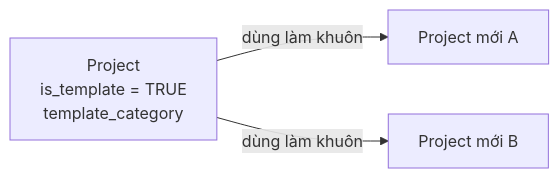
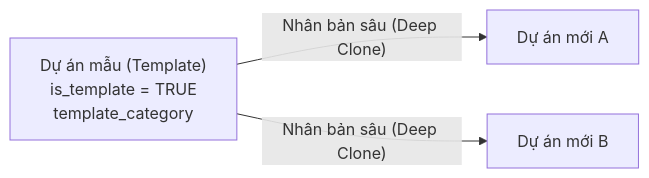
One commit to Hecker-Chuoi/DATN-2026 changed the first of 6 diagrams in formal_doc/04_NGHIEP_VU_TEMPLATE_CLONE.md. Above: the diagram before and after it, drawn with Mermaid. The commit also changed other lines of this file and 60 other files, not shown here.

````diff
--- a/formal_doc/04_NGHIEP_VU_TEMPLATE_CLONE.md
+++ b/formal_doc/04_NGHIEP_VU_TEMPLATE_CLONE.md
@@ -30,5 +30,5 @@
 ```mermaid
 flowchart LR
-    T["Project<br/>is_template = TRUE<br/>template_category"] -- "dùng làm khuôn" --> P1["Project mới A"]
-    T -- "dùng làm khuôn" --> P2["Project mới B"]
+    T["Dự án mẫu (Template)<br/>is_template = TRUE<br/>template_category"] -- "Nhân bản sâu (Deep Clone)" --> P1["Dự án mới A"]
+    T -- "Nhân bản sâu (Deep Clone)" --> P2["Dự án mới B"]
 ```
````
